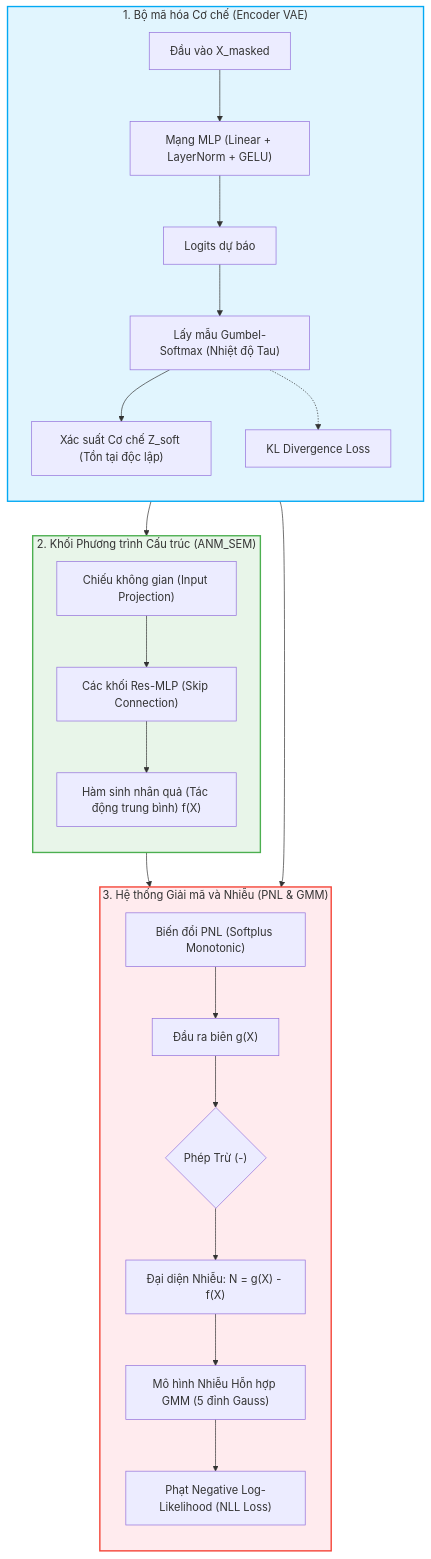
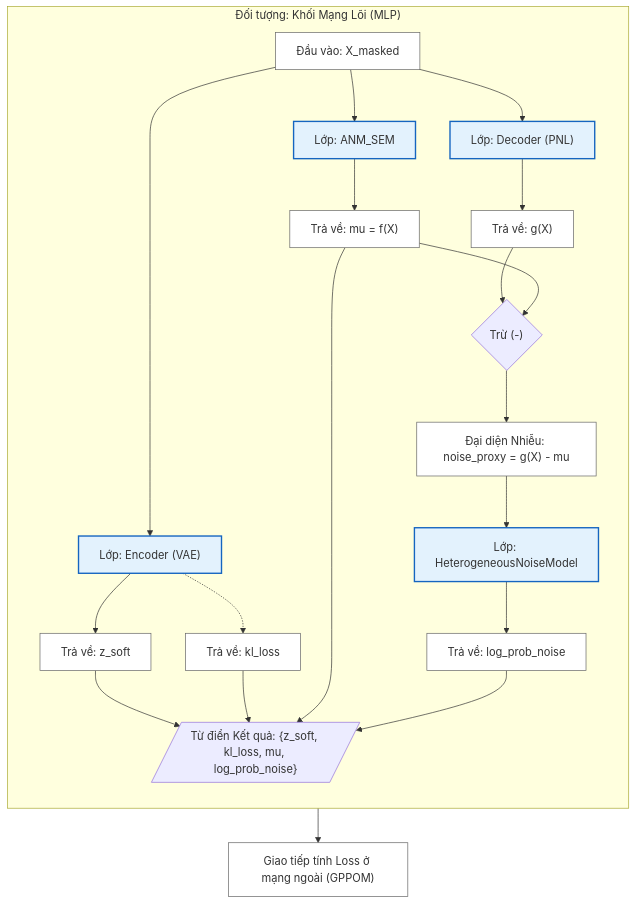
Before and after one commit to manhthai1706/DeepANM: the third of 6 diagrams in docx/Chuong2_MoHinhDeepANM.md, drawn with Mermaid. The commit also changed other lines of this file, not shown here.

Commit message:
Docs: Update Figure 2.3 and object-oriented description of MLP Core

````diff
--- a/docx/Chuong2_MoHinhDeepANM.md
+++ b/docx/Chuong2_MoHinhDeepANM.md
@@ -86,41 +88,36 @@
 ```mermaid
 graph TD
-    classDef enc fill:#e1f5fe,stroke:#03a9f4,stroke-width:2px;
-    classDef sem fill:#e8f5e9,stroke:#4caf50,stroke-width:2px;
-    classDef noise fill:#ffebee,stroke:#f44336,stroke-width:2px;
+    classDef wrapper fill:#f5f5f5,stroke:#333,stroke-width:2px,stroke-dasharray: 5 5;
+    classDef pyclass fill:#e3f2fd,stroke:#1565c0,stroke-width:2px;
+    classDef var fill:#fff,stroke:#666,stroke-width:1px;
     
-    In["Đầu vào X_masked"]
+    Input["Đầu vào: X_masked"]:::var
     
-    subgraph Cluster_Encoder ["1. Bộ mã hóa Cơ chế (Encoder VAE)"]
+    subgraph MLP_Class ["Đối tượng: Khối Mạng Lõi (MLP)"]
         direction TB
-        In --> E_Net["Mạng MLP (Linear + LayerNorm + GELU)"]
-        E_Net --> E_Logits["Logits dự báo"]
-        E_Logits --> Gumbel["Lấy mẫu Gumbel-Softmax (Nhiệt độ Tau)"]
-        Gumbel --> Z["Xác suất Cơ chế Z_soft (Tồn tại độc lập)"]
-        Gumbel -.-> KL["KL Divergence Loss"]
+        
+        Input --> Enc["Lớp: Encoder (VAE)"]:::pyclass
+        Enc --> Z["Trả về: z_soft"]:::var
+        Enc -.-> KL["Trả về: kl_loss"]:::var
+        
+        Input --> SEM["Lớp: ANM_SEM"]:::pyclass
+        SEM --> Mu["Trả về: mu = f(X)"]:::var
+        
+        Input --> Dec["Lớp: Decoder (PNL)"]:::pyclass
+        Dec --> GX["Trả về: g(X)"]:::var
+        
+        GX --> Sub{"Trừ (-)"}
+        Mu --> Sub
+        Sub --> Proxy["Đại diện Nhiễu: noise_proxy = g(X) - mu"]:::var
+        
+        Proxy --> GMM["Lớp: HeterogeneousNoiseModel"]:::pyclass
+        GMM --> NLL["Trả về: log_prob_noise"]:::var
+        
+        Z --> Results[/"Từ điển Kết quả: {z_soft, kl_loss, mu, log_prob_noise}"/]
+        KL --> Results
+        Mu --> Results
+        NLL --> Results
     end
     
-    subgraph Neural_SEM ["2. Khối Phương trình Cấu trúc (ANM_SEM)"]
-        direction TB
-        In --> S_Proj["Chiếu không gian (Input Projection)"]
-        S_Proj --> Res["Các khối Res-MLP (Skip Connection)"]
-        Res --> Mu["Hàm sinh nhân quả (Tác động trung bình) f(X)"]
-    end
-    
-    subgraph Decoder_Noise ["3. Hệ thống Giải mã và Nhiễu (PNL & GMM)"]
-        direction TB
-        In --> PNL["Biến đổi PNL (Softplus Monotonic)"]
-        PNL --> GX["Đầu ra biên g(X)"]
-        
-        GX --> Sub{"Phép Trừ (-)"}
-        Mu --> Sub
-        Sub --> Proxy["Đại diện Nhiễu: N = g(X) - f(X)"]
-        
-        Proxy --> GMM["Mô hình Nhiễu Hỗn hợp GMM (5 đỉnh Gauss)"]
-        GMM --> NLL["Phạt Negative Log-Likelihood (NLL Loss)"]
-    end
-    
-    class Cluster_Encoder enc;
-    class Neural_SEM sem;
-    class Decoder_Noise noise;
+    Results --> Loss["Giao tiếp tính Loss ở mạng ngoài (GPPOM)"]:::var
 ```
````
